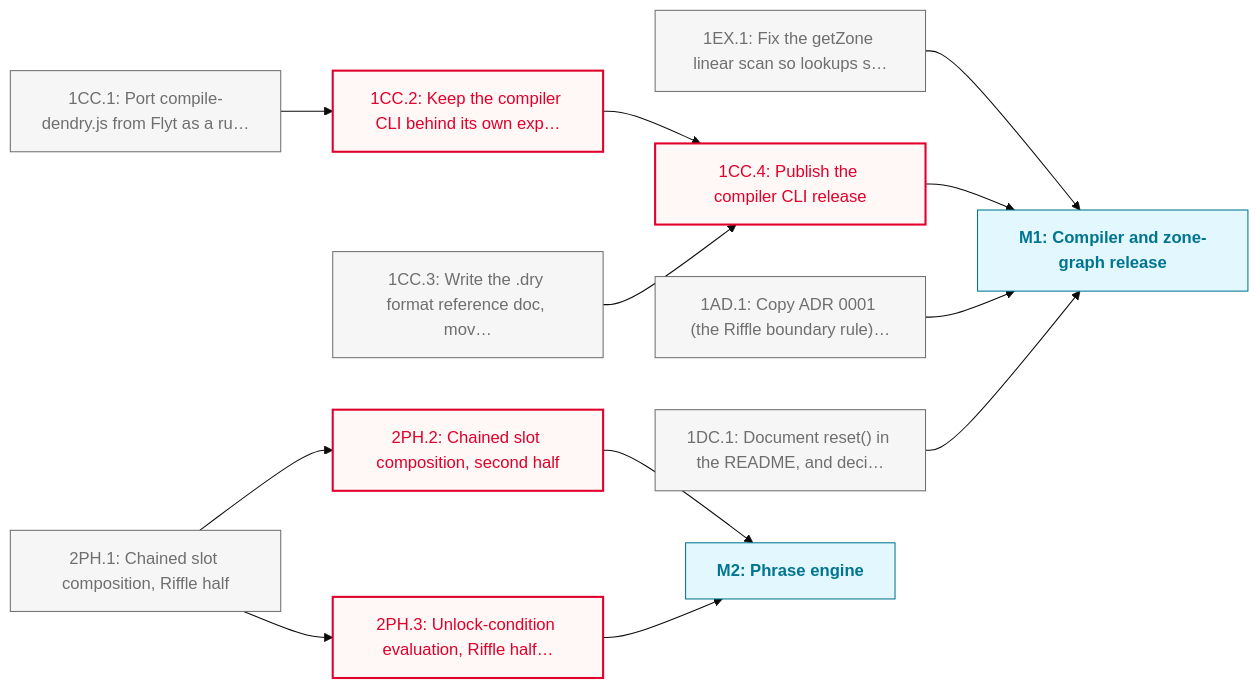
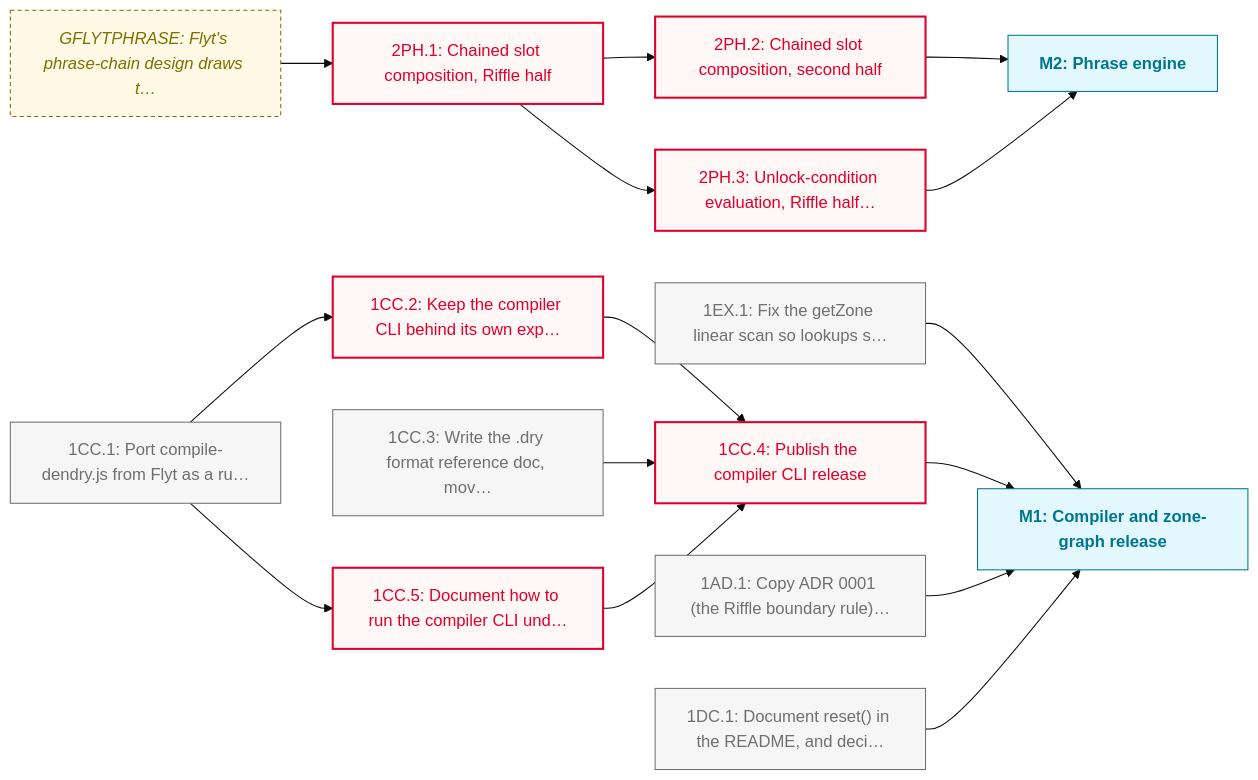
The diagram in docs/roadmaps/PHASE_1.md (JasonWarrenUK/riffle), drawn with Mermaid (base theme) before and after one commit. The commit also changed other lines of this file and 2 other files, not shown here.

First line of the commit message:
docs: gate 2PH.1, split 1CC.3 and settle the cli route

````diff
--- a/docs/roadmaps/PHASE_1.md
+++ b/docs/roadmaps/PHASE_1.md
@@ -45,37 +47,42 @@
 ```mermaid
 graph LR
 	classDef todo fill:#f6f6f6,stroke:#6f6f6f,color:#6f6f6f
 	classDef inProgress fill:#e8f2ff,stroke:#0071af,color:#0071af
 	classDef blocked fill:#fff8f6,stroke:#e0002b,color:#e0002b,stroke-width:2px
 	classDef paused fill:#fdf4ff,stroke:#b01fe3,color:#b01fe3,stroke-dasharray:4 3
 	classDef deferred fill:#fff8f3,stroke:#ac5c00,color:#ac5c00,stroke-dasharray:2 4,font-style:italic
 	classDef done fill:#e0ffd9,stroke:#008217,color:#008217
 	classDef outOfScope fill:#f6f6f6,stroke:#717171,color:#717171,stroke-dasharray:2 2
 	classDef mile fill:#e3f7ff,stroke:#007590,color:#007590,font-weight:bold
 	classDef external fill:#fff9e5,stroke:#7d6f00,color:#7d6f00,stroke-dasharray:4 3,font-style:italic
+	GFLYTPHRASE["GFLYTPHRASE: Flyt's phrase-chain design draws t…"]:::external
 	1EX.1["1EX.1: Fix the getZone linear scan so lookups s…"]
 	1CC.1["1CC.1: Port compile-dendry.js from Flyt as a ru…"]
 	1CC.2["1CC.2: Keep the compiler CLI behind its own exp…"]
 	1CC.3["1CC.3: Write the .dry format reference doc, mov…"]
+	1CC.5["1CC.5: Document how to run the compiler CLI und…"]
 	1CC.4["1CC.4: Publish the compiler CLI release"]
 	1AD.1["1AD.1: Copy ADR 0001 (the Riffle boundary rule)…"]
 	1DC.1["1DC.1: Document reset() in the README, and deci…"]
 	M1["M1: Compiler and zone-graph release"]:::mile
 	2PH.1["2PH.1: Chained slot composition, Riffle half"]
 	2PH.2["2PH.2: Chained slot composition, second half"]
 	2PH.3["2PH.3: Unlock-condition evaluation, Riffle half…"]
 	M2["M2: Phrase engine"]:::mile
+	GFLYTPHRASE --> 2PH.1
 	1EX.1 --> M1
 	1CC.1 --> 1CC.2
+	1CC.1 --> 1CC.5
 	1CC.2 --> 1CC.4
 	1CC.3 --> 1CC.4
+	1CC.5 --> 1CC.4
 	1CC.4 --> M1
 	1AD.1 --> M1
 	1DC.1 --> M1
 	2PH.1 --> 2PH.2
 	2PH.1 --> 2PH.3
 	2PH.2 --> M2
 	2PH.3 --> M2
-	class 1AD.1,1CC.1,1CC.3,1DC.1,1EX.1,2PH.1 todo
-	class 1CC.2,1CC.4,2PH.2,2PH.3 blocked
+	class 1AD.1,1CC.1,1CC.3,1DC.1,1EX.1 todo
+	class 1CC.2,1CC.4,1CC.5,2PH.1,2PH.2,2PH.3 blocked
 ```
````
